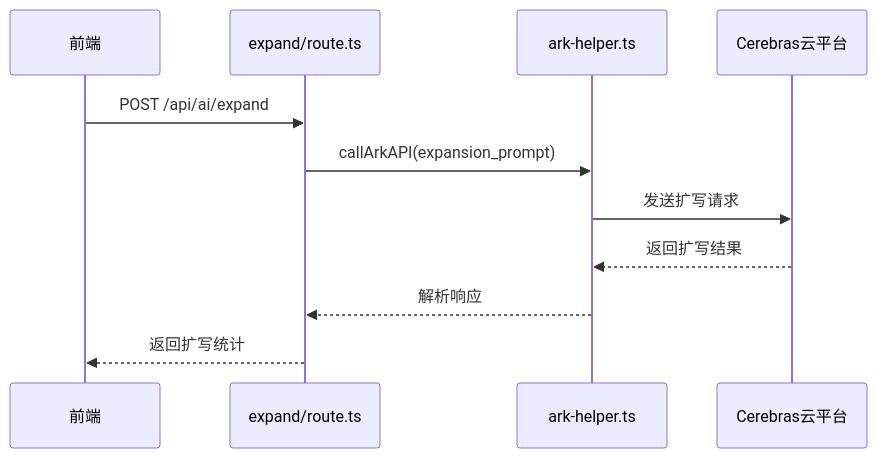
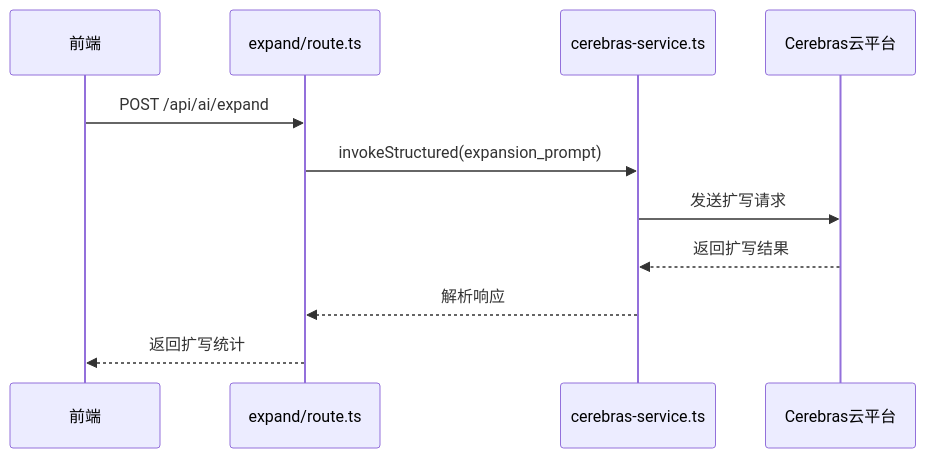
Before and after one commit to arthurlee116/english-listening-trainer: the sixth of 7 diagrams in .qoder/repowiki/zh/content/核心功能模块/AI内容生成.md, drawn with Mermaid. The commit also changed other lines of this file and 12 other files, not shown here.

````diff
--- a/.qoder/repowiki/zh/content/核心功能模块/AI内容生成.md
+++ b/.qoder/repowiki/zh/content/核心功能模块/AI内容生成.md
@@ -185,13 +202,13 @@
 ```mermaid
 sequenceDiagram
 participant 前端 as 前端
 participant 扩写路由 as expand/route.ts
-participant AI助手 as ark-helper.ts
+participant AI服务 as cerebras-service.ts
 participant Cerebras云 as Cerebras云平台
 前端->>扩写路由 : POST /api/ai/expand
-扩写路由->>AI助手 : callArkAPI(expansion_prompt)
-AI助手->>Cerebras云 : 发送扩写请求
-Cerebras云-->>AI助手 : 返回扩写结果
-AI助手-->>扩写路由 : 解析响应
+扩写路由->>AI服务 : invokeStructured(expansion_prompt)
+AI服务->>Cerebras云 : 发送扩写请求
+Cerebras云-->>AI服务 : 返回扩写结果
+AI服务-->>扩写路由 : 解析响应
 扩写路由-->>前端 : 返回扩写统计
 ```
````
